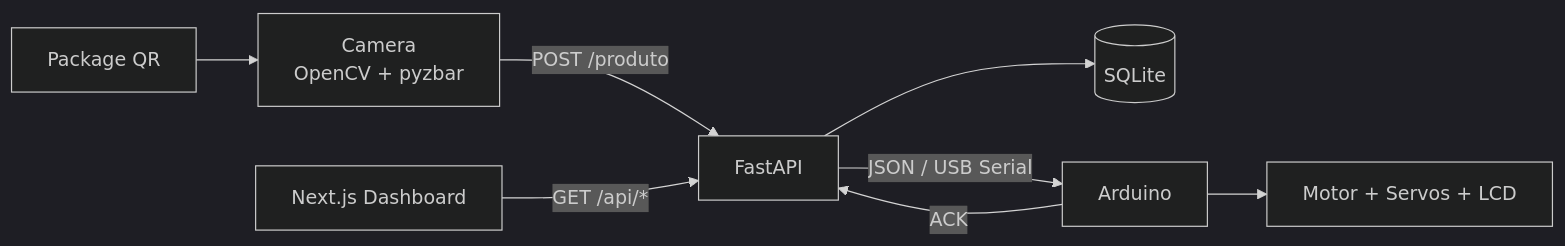
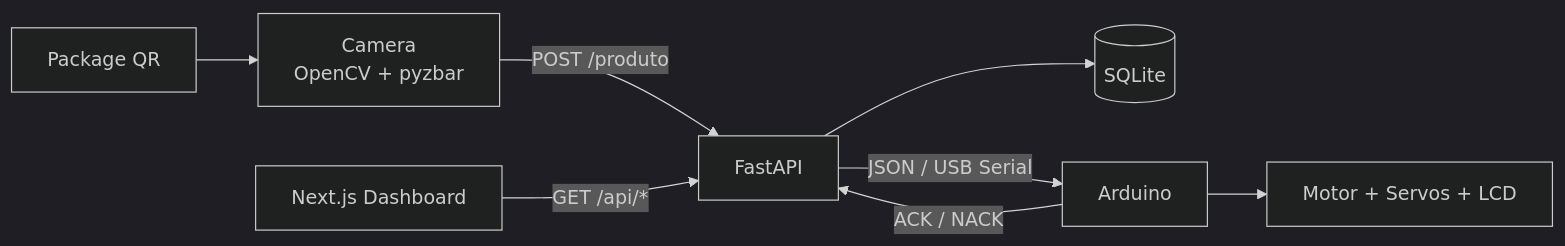
The diagram in README.md (mateusarcedev/tcc), drawn with Mermaid (dark theme) before and after one commit. The commit also changed other lines of this file, not shown here.

````diff
--- a/README.md
+++ b/README.md
@@ -21,18 +72,18 @@
 ```mermaid
 flowchart LR
     QR[Package QR]
     CAM[Camera<br/>OpenCV + pyzbar]
     API[FastAPI]
     DB[(SQLite)]
     MCU[Arduino]
     HW[Motor + Servos + LCD]
     WEB[Next.js Dashboard]
 
     QR --> CAM
     CAM -->|POST /produto| API
     API --> DB
     API -->|JSON / USB Serial| MCU
     MCU --> HW
-    MCU -->|ACK| API
+    MCU -->|ACK / NACK| API
     WEB -->|GET /api/*| API
 ```
````
